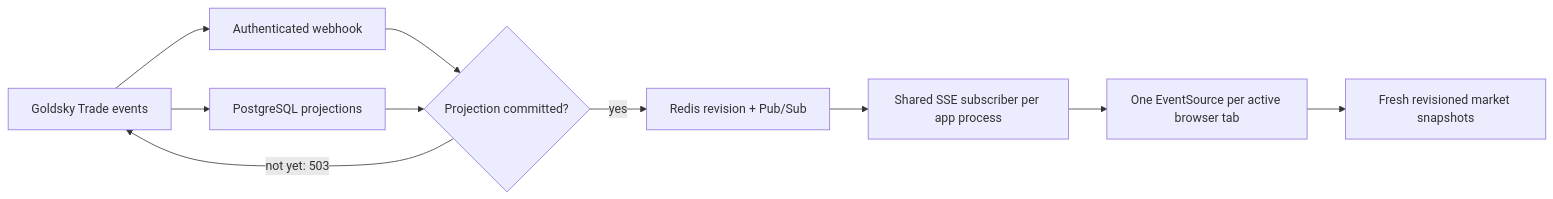
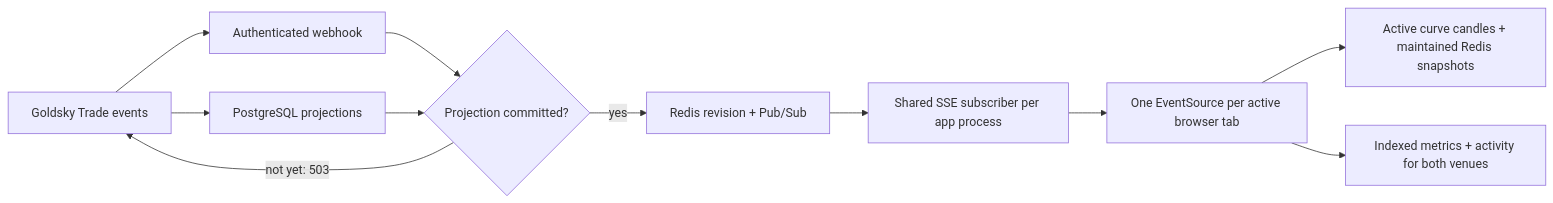
Before and after one commit to farau/korum-project: the diagram in docs/market-live.md, drawn with Mermaid. The commit also changed other lines of this file and 38 other files, not shown here.

First line of the commit message:
feat: add 1s live charts and switch to Dexscreener after bonding

````diff
--- a/docs/market-live.md
+++ b/docs/market-live.md
@@ -5,12 +5,13 @@
 ```mermaid
 flowchart LR
   G[Goldsky Trade events] --> P[PostgreSQL projections]
   G --> W[Authenticated webhook]
   W --> C{Projection committed?}
   P --> C
   C -->|yes| R[Redis revision + Pub/Sub]
   C -->|not yet: 503| G
   R --> S[Shared SSE subscriber per app process]
   S --> B[One EventSource per active browser tab]
-  B --> A[Fresh revisioned market snapshots]
+  B --> A[Active curve candles + maintained Redis snapshots]
+  B --> M[Indexed metrics + activity for both venues]
 ```
````
